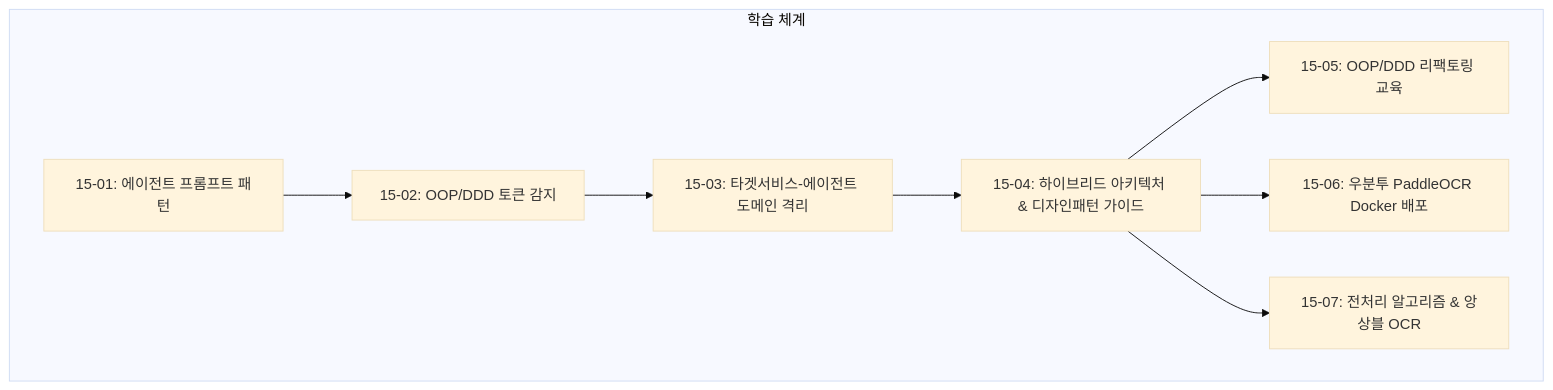
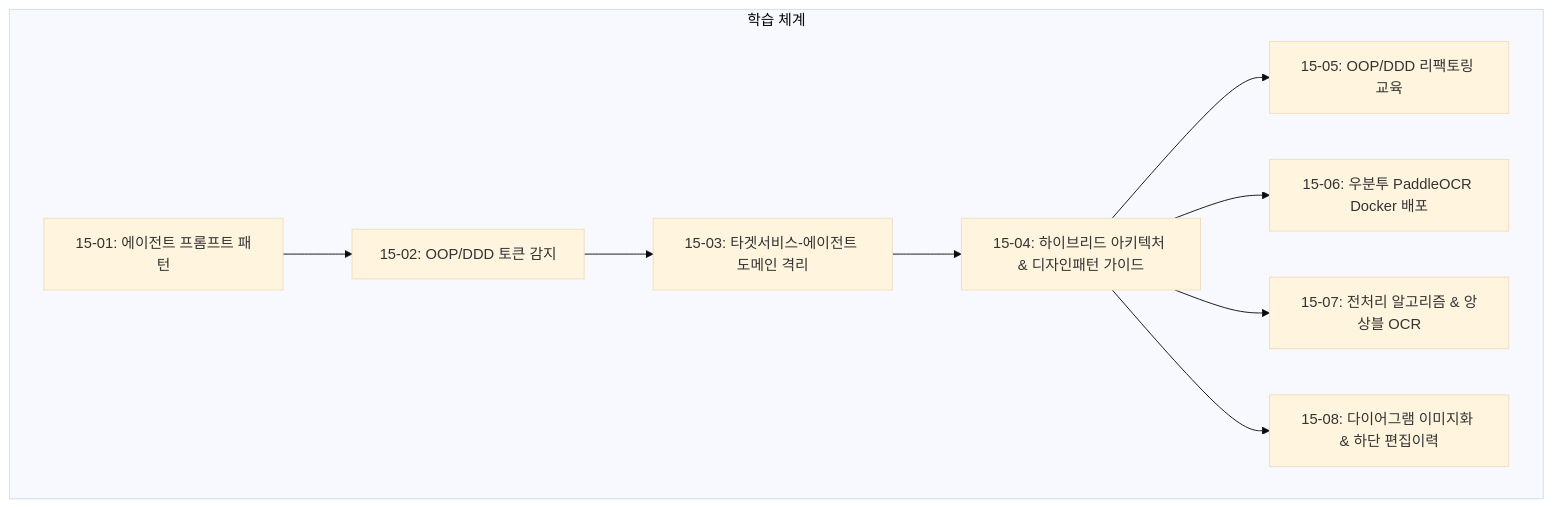
Before and after one commit to jkoogit/purePDFrend: the diagram in docs/15.학습/README_학습.md, drawn with Mermaid (base theme). The commit also changed other lines of this file and 105 other files, not shown here.

````diff
--- a/docs/15.학습/README_학습.md
+++ b/docs/15.학습/README_학습.md
@@ -17,11 +23,12 @@
 ```mermaid
 graph TD
     subgraph 학습 체계
         L1[15-01: 에이전트 프롬프트 패턴] --> L2[15-02: OOP/DDD 토큰 감지]
         L2 --> L3[15-03: 타겟서비스-에이전트 도메인 격리]
         L3 --> L4[15-04: 하이브리드 아키텍처 & 디자인패턴 가이드]
         L4 --> L5[15-05: OOP/DDD 리팩토링 교육]
         L4 --> L6[15-06: 우분투 PaddleOCR Docker 배포]
         L4 --> L7[15-07: 전처리 알고리즘 & 앙상블 OCR]
+        L4 --> L8[15-08: 다이어그램 이미지화 & 하단 편집이력]
     end
 ```
````
